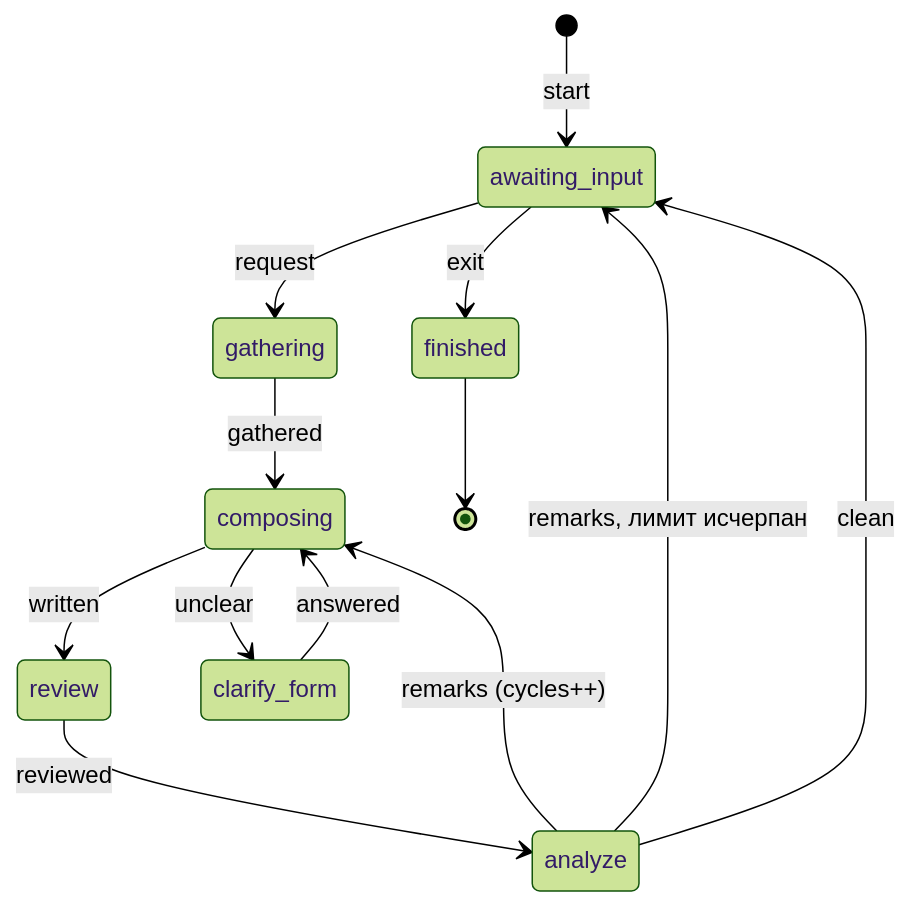
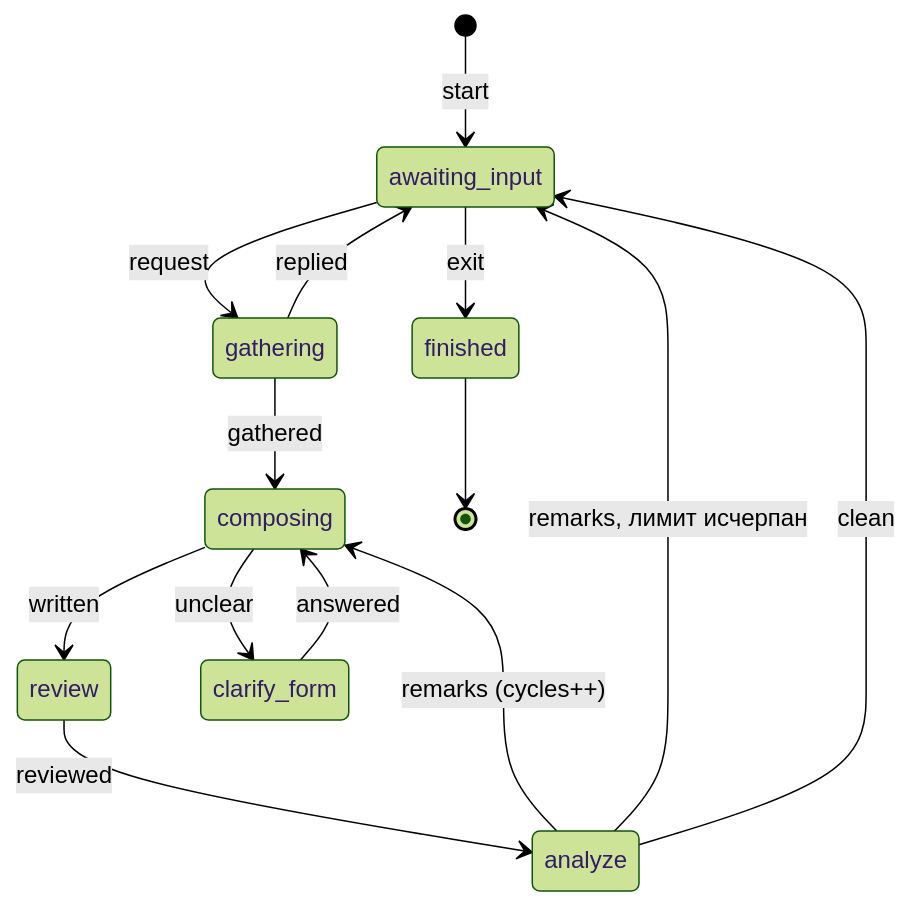
One commit to Shahimat/ai-prompts changed the diagram in design/harness-plan-review.md. Above: the diagram before and after it, drawn with Mermaid (forest theme). The commit also changed other lines of this file and 16 other files, not shown here.

````diff
--- a/design/harness-plan-review.md
+++ b/design/harness-plan-review.md
@@ -27,15 +27,16 @@
 ```mermaid
 stateDiagram-v2
     [*] --> awaiting_input: start <file>
     awaiting_input --> gathering: request
     awaiting_input --> finished: exit
     gathering --> composing: gathered
+    gathering --> awaiting_input: replied
     composing --> review: written
     composing --> clarify_form: unclear
     clarify_form --> composing: answered
     review --> analyze: reviewed
     analyze --> composing: remarks (cycles++)
     analyze --> awaiting_input: remarks, лимит исчерпан
     analyze --> awaiting_input: clean
     finished --> [*]
 ```
````
